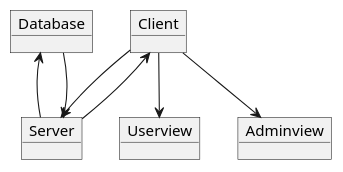
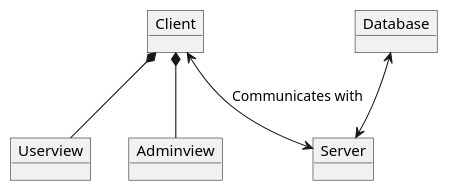
Before and after one commit to 2223-3bhif-syp/02-projekte-kurstermine: the diagram in asciidocs/plantuml/SystemCommunication.puml, drawn with PlantUML.

Commit message:
Refined planmtuml

```diff
--- a/asciidocs/plantuml/SystemCommunication.puml
+++ b/asciidocs/plantuml/SystemCommunication.puml
@@ -1,14 +1,12 @@
 @startuml
 object Client
 object Server
 object Database
 object Userview
 object Adminview
 
-Client --> Userview
-Client --> Adminview
-Client --> Server
-Client <-- Server
-Database <-- Server
-Database --> Server
+Client *-- Userview
+Client *-- Adminview
+Client <--> Server: Communicates with
+Database <--> Server
 @enduml
```
